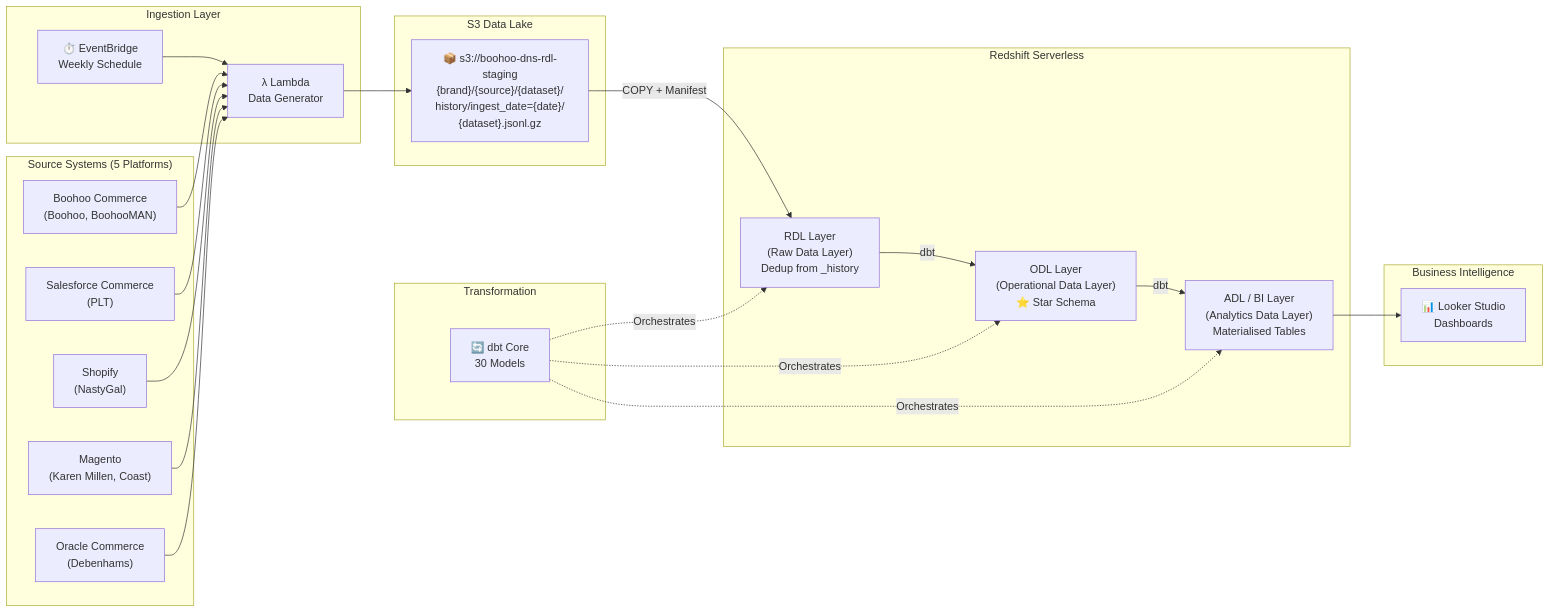
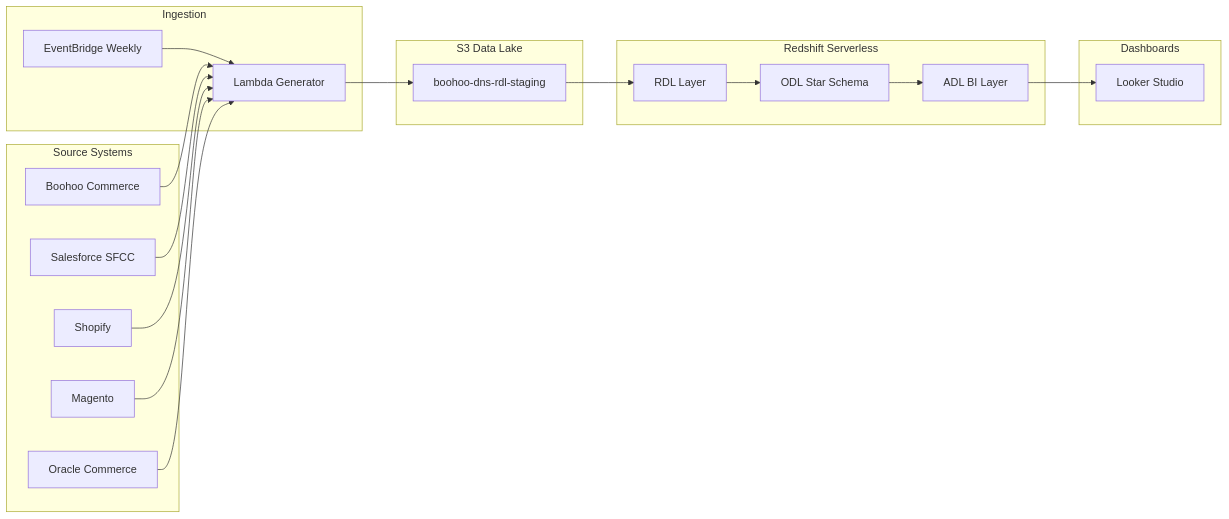
The first of 4 diagrams in README.md (TimiOlayinka/boohoo-data-pipeline), drawn with Mermaid before and after one commit. The commit also changed other lines of this file, not shown here.

Commit message:
docs: fix Mermaid diagrams for GitHub rendering

````diff
--- a/README.md
+++ b/README.md
@@ -24,48 +16,41 @@
 ```mermaid
 flowchart LR
-    subgraph Sources["Source Systems (5 Platforms)"]
-        BC["Boohoo Commerce\n(Boohoo, BoohooMAN)"]
-        SF["Salesforce Commerce\n(PLT)"]
-        SH["Shopify\n(NastyGal)"]
-        MG["Magento\n(Karen Millen, Coast)"]
-        OC["Oracle Commerce\n(Debenhams)"]
+    subgraph Sources["Source Systems"]
+        BC[Boohoo Commerce]
+        SF[Salesforce SFCC]
+        SH[Shopify]
+        MG[Magento]
+        OC[Oracle Commerce]
     end
 
-    subgraph Ingest["Ingestion Layer"]
-        EB["⏱️ EventBridge\nWeekly Schedule"]
-        LG["λ Lambda\nData Generator"]
+    subgraph Ingest["Ingestion"]
+        EB[EventBridge Weekly]
+        LG[Lambda Generator]
     end
 
-    subgraph Storage["S3 Data Lake"]
-        S3["📦 s3://boohoo-dns-rdl-staging\n{brand}/{source}/{dataset}/\nhistory/ingest_date={date}/\n{dataset}.jsonl.gz"]
+    subgraph Lake["S3 Data Lake"]
+        S3[boohoo-dns-rdl-staging]
     end
 
     subgraph DWH["Redshift Serverless"]
-        RDL["RDL Layer\n(Raw Data Layer)\nDedup from _history"]
-        ODL["ODL Layer\n(Operational Data Layer)\n⭐ Star Schema"]
-        ADL["ADL / BI Layer\n(Analytics Data Layer)\nMaterialised Tables"]
+        RDL[RDL Layer]
+        ODL[ODL Star Schema]
+        ADL[ADL BI Layer]
     end
 
-    subgraph Transform["Transformation"]
-        DBT["🔄 dbt Core\n30 Models"]
-    end
-
-    subgraph BI["Business Intelligence"]
-        LS["📊 Looker Studio\nDashboards"]
+    subgraph BI["Dashboards"]
+        LS[Looker Studio]
     end
 
     EB --> LG
     BC --> LG
     SF --> LG
     SH --> LG
     MG --> LG
     OC --> LG
     LG --> S3
-    S3 -->|"COPY + Manifest"| RDL
-    RDL -->|dbt| ODL
-    ODL -->|dbt| ADL
-    DBT -.->|"Orchestrates"| RDL
-    DBT -.->|"Orchestrates"| ODL
-    DBT -.->|"Orchestrates"| ADL
+    S3 --> RDL
+    RDL --> ODL
+    ODL --> ADL
     ADL --> LS
 ```
````
